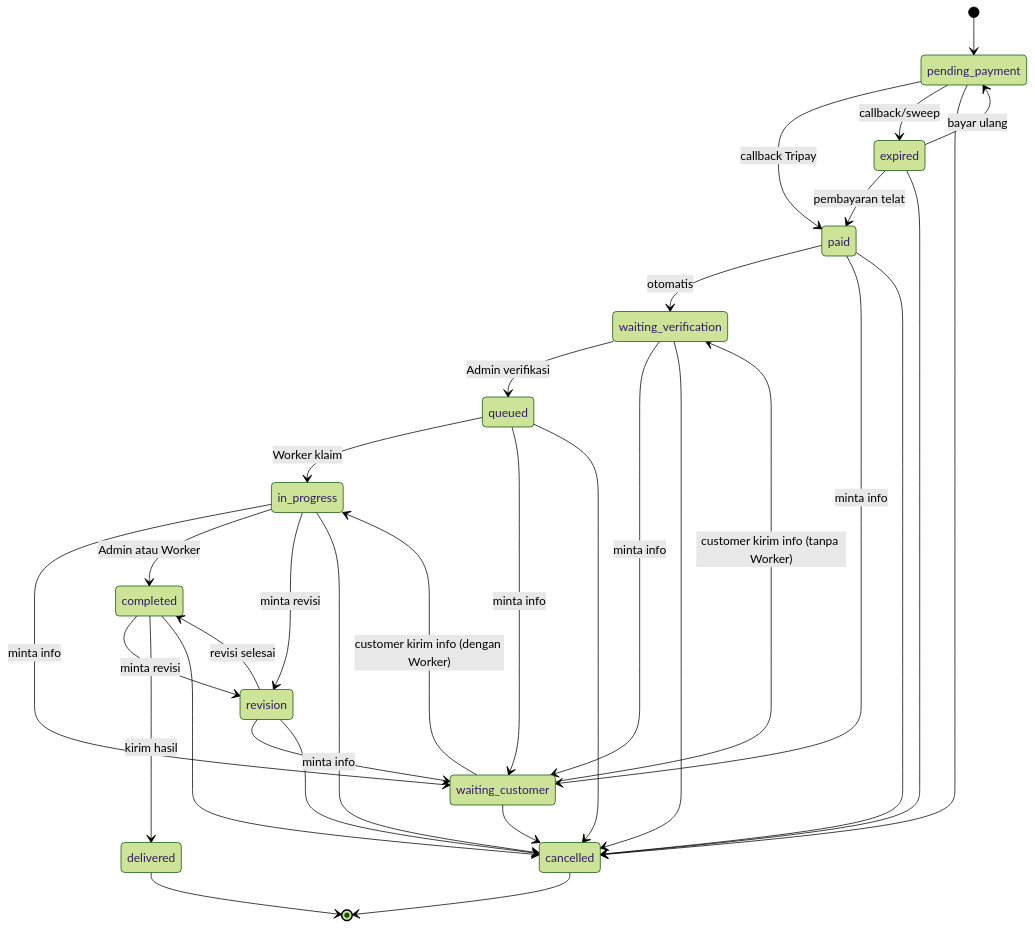
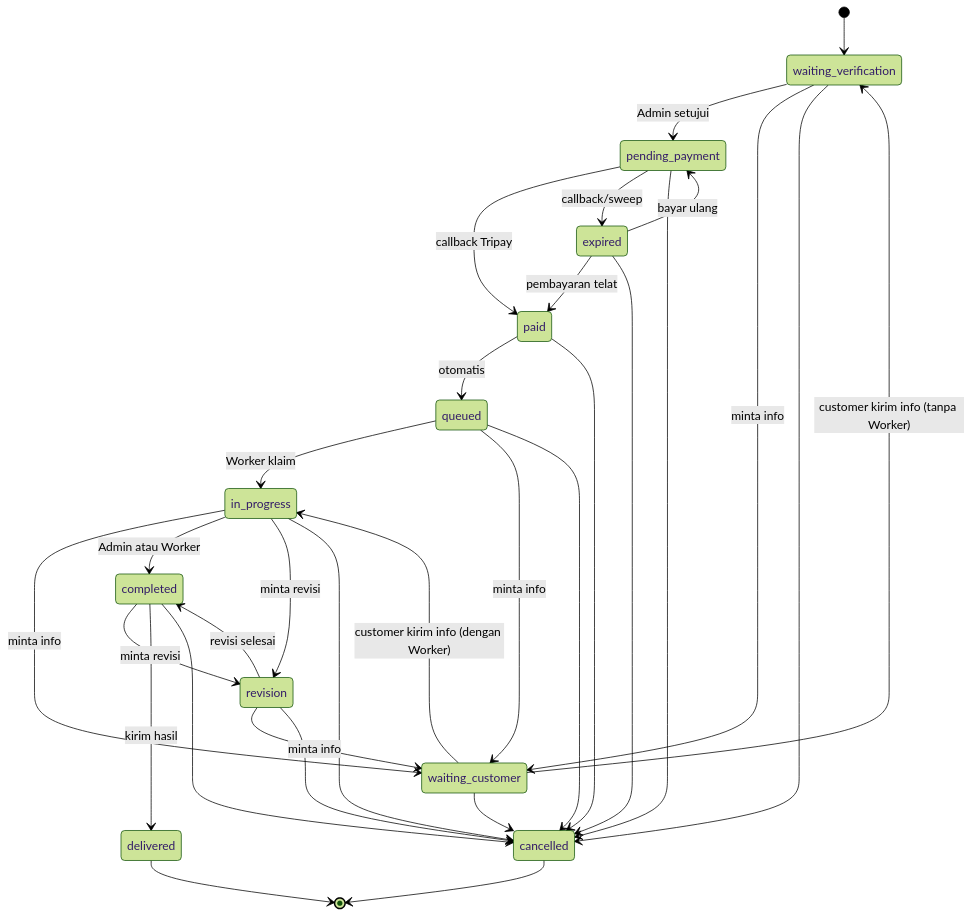
Before and after one commit to putracandra2618-tech/jovexa: the diagram in prd.md, drawn with Mermaid (forest theme). The commit also changed other lines of this file and 18 other files, not shown here.

````diff
--- a/prd.md
+++ b/prd.md
@@ -232,34 +232,33 @@
 ```mermaid
 stateDiagram-v2
-    [*] --> pending_payment
+    [*] --> waiting_verification
+    waiting_verification --> pending_payment: Admin setujui
+    waiting_verification --> waiting_customer: minta info
     pending_payment --> paid: callback Tripay
     pending_payment --> expired: callback/sweep
     expired --> pending_payment: bayar ulang
     expired --> paid: pembayaran telat
-    paid --> waiting_verification: otomatis
-    waiting_verification --> queued: Admin verifikasi
+    paid --> queued: otomatis
     queued --> in_progress: Worker klaim
-    waiting_verification --> waiting_customer: minta info
     queued --> waiting_customer: minta info
-    paid --> waiting_customer: minta info
     in_progress --> waiting_customer: minta info
     revision --> waiting_customer: minta info
     waiting_customer --> waiting_verification: customer kirim info (tanpa Worker)
     waiting_customer --> in_progress: customer kirim info (dengan Worker)
     in_progress --> completed: Admin atau Worker
     in_progress --> revision: minta revisi
     completed --> revision: minta revisi
     revision --> completed: revisi selesai
     completed --> delivered: kirim hasil
     pending_payment --> cancelled
     expired --> cancelled
     paid --> cancelled
     waiting_verification --> cancelled
     queued --> cancelled
     waiting_customer --> cancelled
     in_progress --> cancelled
     revision --> cancelled
     completed --> cancelled
     delivered --> [*]
     cancelled --> [*]
 ```
````
